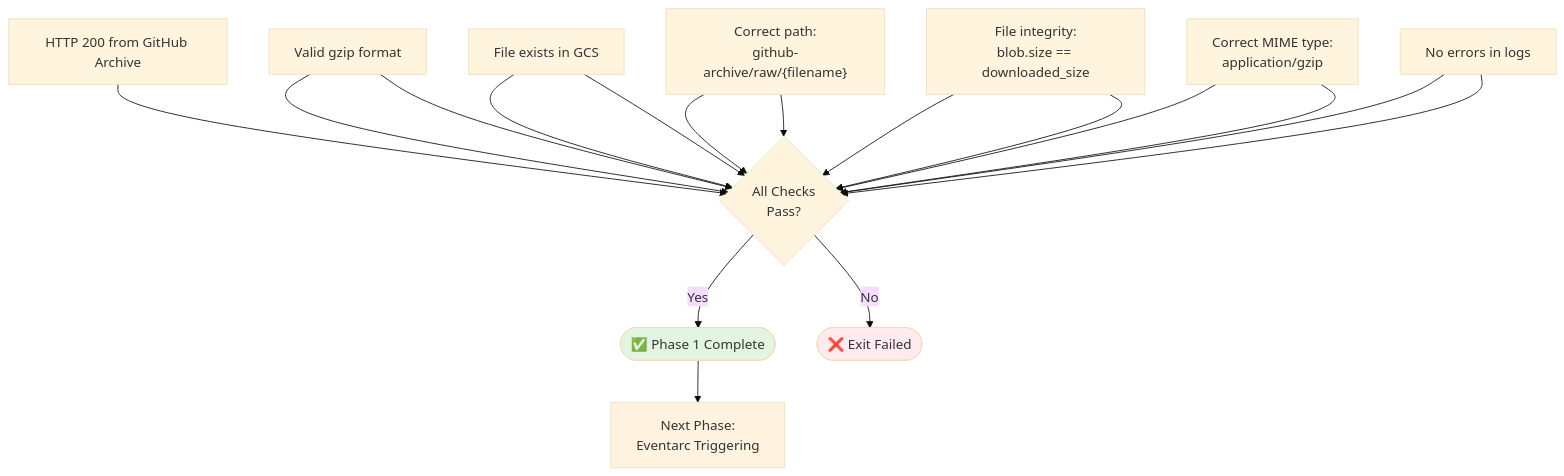
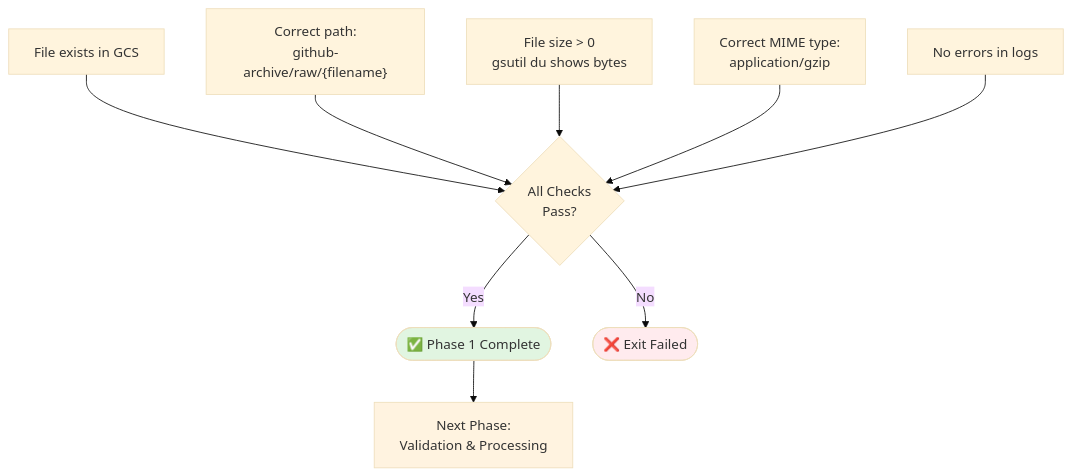
The diagram in design/github_archive/phase1_ingestion/diagrams/ingestion_03_exit_conditions.md (prateekpanjla-outlook/gcp_data_proc), drawn with Mermaid (base theme) before and after one commit. The commit also changed other lines of this file and 4 other files, not shown here.

First line of the commit message:
docs: update Phase 1 diagrams to reflect gsutil streaming implementation

````diff
--- a/design/github_archive/phase1_ingestion/diagrams/ingestion_03_exit_conditions.md
+++ b/design/github_archive/phase1_ingestion/diagrams/ingestion_03_exit_conditions.md
@@ -3,33 +3,23 @@
 ```mermaid
 flowchart TD
-    EC1[HTTP 200 from GitHub Archive]
-    EC2[Valid gzip format]
-    EC3[File exists in GCS]
-    EC4["Correct path:<br>github-archive/raw/{filename}"]
-    EC5[File integrity:<br>blob.size == downloaded_size]
-    EC6[Correct MIME type:<br>application/gzip]
-    EC7[No errors in logs]
+    EC1[File exists in GCS]
+    EC2["Correct path:<br>github-archive/raw/{filename}"]
+    EC3[File size > 0<br>gsutil du shows bytes]
+    EC4[Correct MIME type:<br>application/gzip]
+    EC5[No errors in logs]
 
     EC1 --> AllCheck{All Checks<br>Pass?}
     EC2 --> AllCheck
     EC3 --> AllCheck
     EC4 --> AllCheck
     EC5 --> AllCheck
-    EC6 --> AllCheck
-    EC7 --> AllCheck
-    EC2 --> AllCheck
-    EC3 --> AllCheck
-    EC4 --> AllCheck
-    EC5 --> AllCheck
-    EC6 --> AllCheck
-    EC7 --> AllCheck
 
     AllCheck -->|Yes| Success([✅ Phase 1 Complete])
     AllCheck -->|No| Fail([❌ Exit Failed])
 
-    Success --> Next[Next Phase:<br>Eventarc Triggering]
+    Success --> Next[Next Phase:<br>Validation & Processing]
 
     style Success fill:#e1f5e1
     style Fail fill:#ffebee
     style Next fill:#fff3e0
 ```
````
